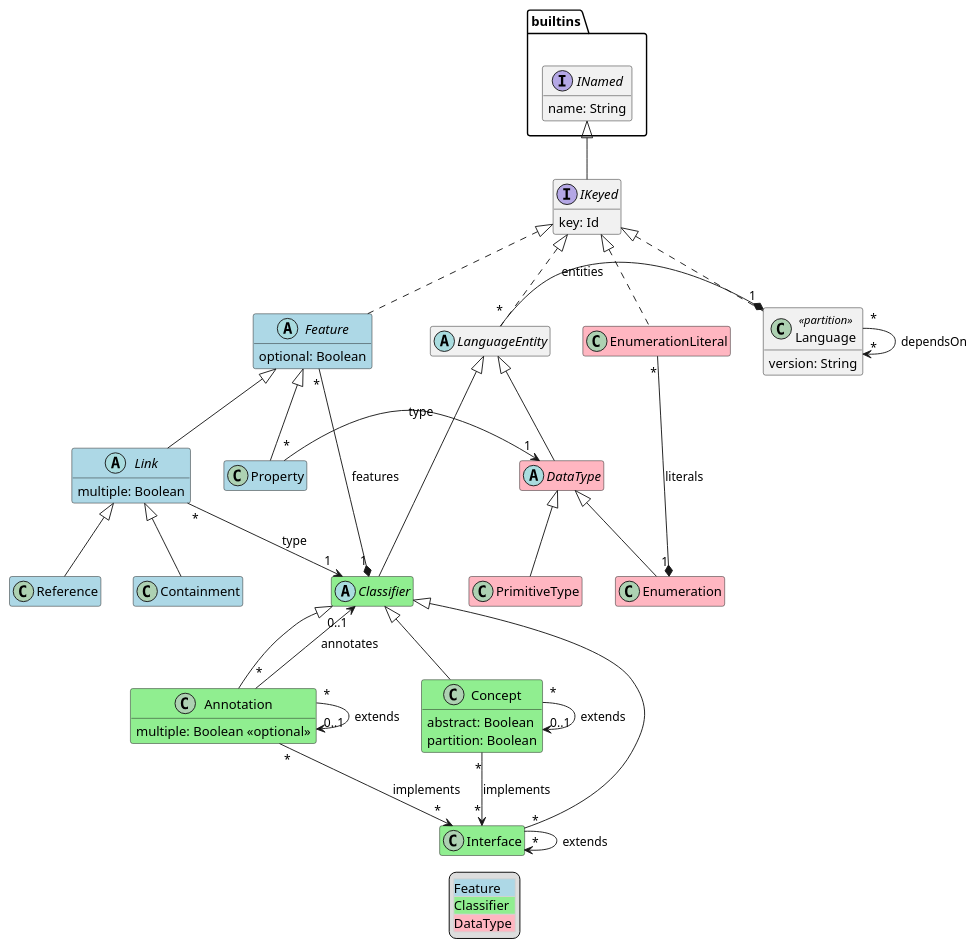
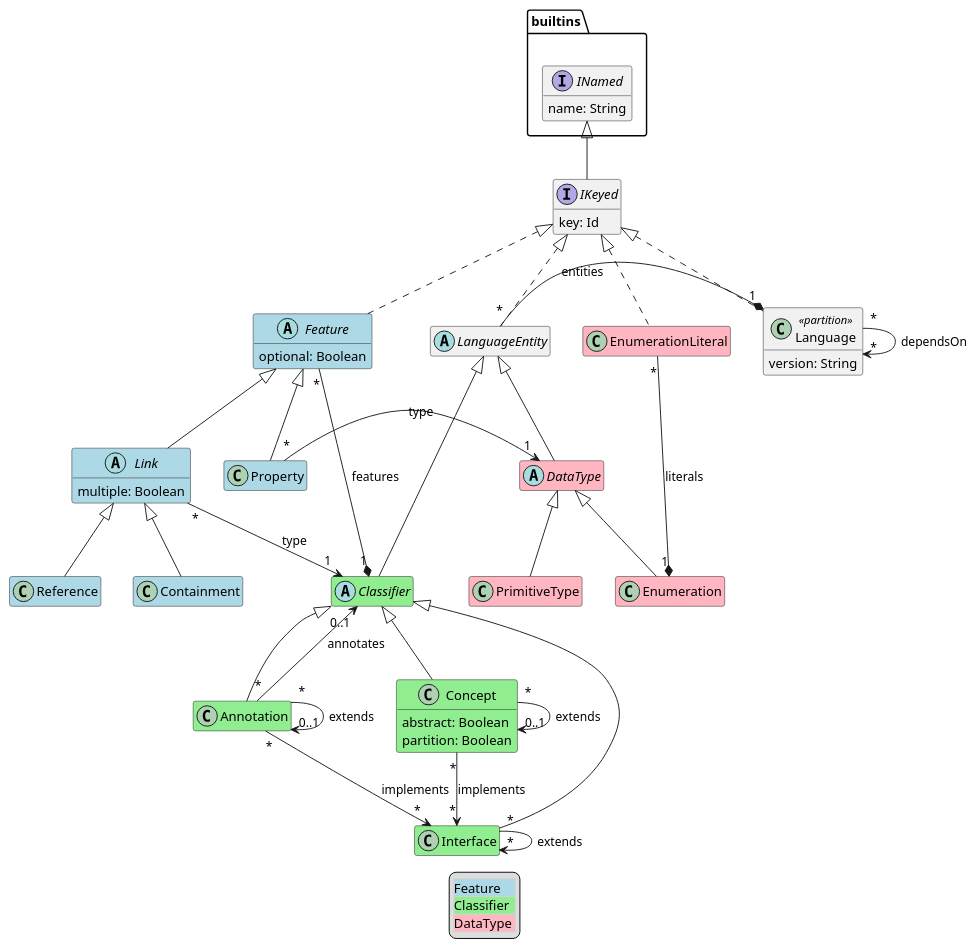
The diagram in metametamodel/metametamodel.puml (LionWeb-io/specification), drawn with PlantUML before and after one commit. The commit also changed 2 other files, not shown here.

Commit message:
removed Annotation.multiple flag
Implements #32

```diff
--- a/metametamodel/metametamodel.puml
+++ b/metametamodel/metametamodel.puml
@@ -1,82 +1,80 @@
 @startuml
 hide empty members
 
 package builtins {
   interface builtins.INamed {
     name: String
   }
 }
 
-class Annotation #LightGreen extends Classifier {
-  multiple: Boolean <<optional>>
-}
+class Annotation #LightGreen extends Classifier
 
 class Concept #LightGreen extends Classifier {
   abstract: Boolean
   partition: Boolean
 }
 
 class Interface #LightGreen extends Classifier
 
 class Containment #LightBlue extends Link
 
 abstract class DataType #LightPink extends LanguageEntity
 
 class Enumeration #LightPink extends DataType
 
 class EnumerationLiteral #LightPink implements IKeyed
 
 abstract class Feature #LightBlue implements IKeyed {
   optional: Boolean
 }
 
 abstract class Classifier #LightGreen extends LanguageEntity
 
 abstract class Link #LightBlue extends Feature {
   multiple: Boolean
 }
 
 class Language <<partition>> implements IKeyed {
   version: String
 }
 
 abstract class LanguageEntity implements IKeyed
 
 interface IKeyed extends builtins.INamed {
   key: Id
 }
 
 class PrimitiveType #LightPink extends DataType
 
 class Property #LightBlue extends Feature
 
 class Reference #LightBlue extends Link
 
 ' relations:
 
 Annotation "*" --> "0..1" Classifier: annotates
 Annotation "*" --> "0..1" Annotation: extends
 Annotation "*" --> "*" Interface: implements
 
 Concept "*" --> "0..1" Concept: extends
 Concept "*" --> "*" Interface: implements
 
 Interface "*" --> "*" Interface: extends
 
 EnumerationLiteral "*" -* "1" Enumeration : literals
 
 Feature "*" -* "1" Classifier: features
 
 Link "*" --> "1" Classifier: type
 
 Language "*" --> "*" Language: dependsOn
 LanguageEntity "*" -* "1" Language: entities
 
 Property "*" -> "1" DataType: type
 
 legend
   <#LightGray,#LightGray>| <#LightBlue>Feature |
   | <#LightGreen>Classifier |
   | <#LightPink>DataType |
 end legend
 @enduml
```
